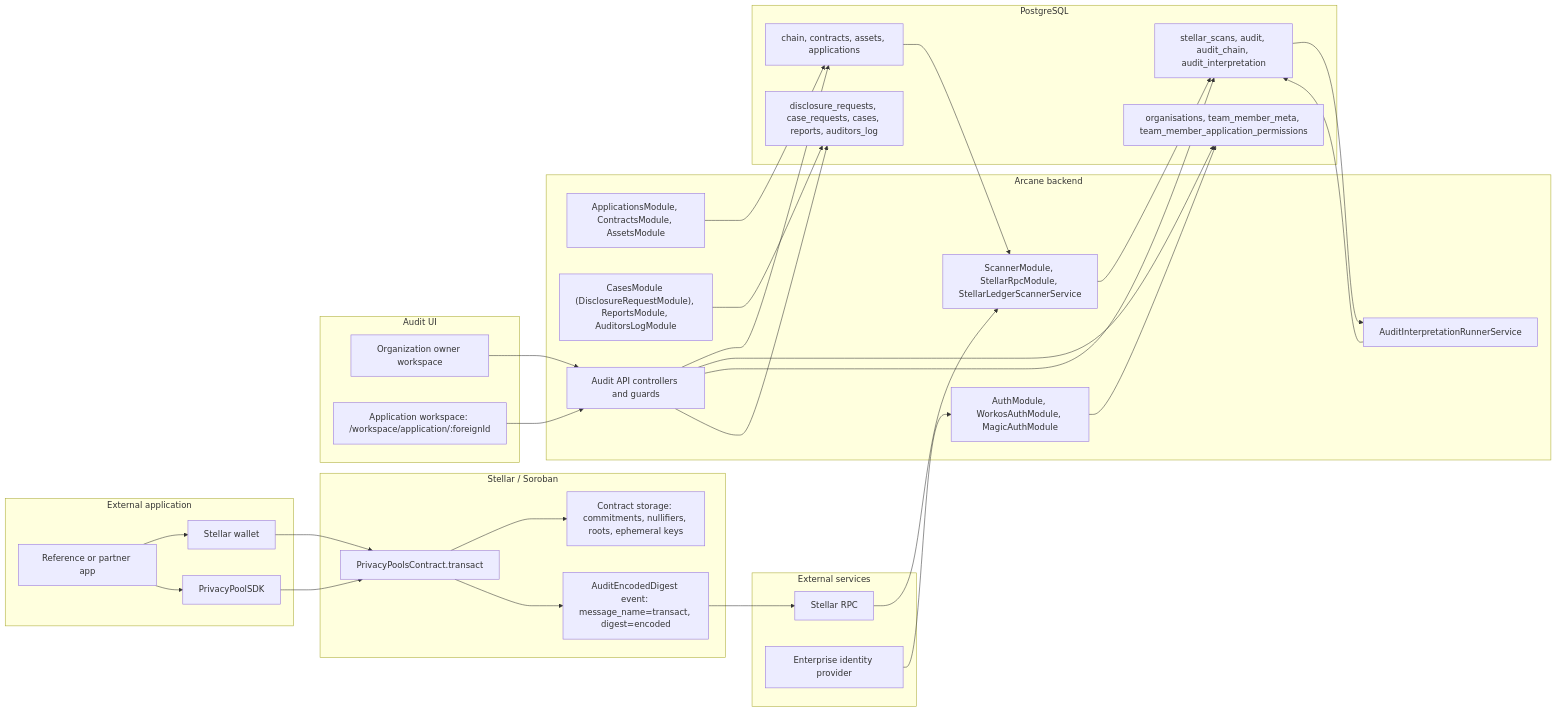
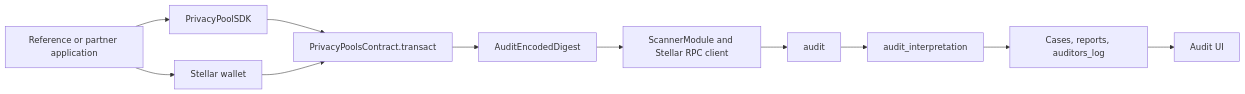
One commit to Polynom-Labs/arcane-compliance-docs changed the diagram in architecture/overview.mdx. Above: the diagram before and after it, drawn with Mermaid. The commit also changed other lines of this file and 38 other files, not shown here.

Commit message:
Restructure architecture docs around C4 domains

````diff
--- a/architecture/overview.mdx
+++ b/architecture/overview.mdx
@@ -12,63 +34,24 @@
 ```mermaid
 flowchart LR
-  subgraph app["External application"]
-    partner["Reference or partner app"]
-    wallet["Stellar wallet"]
-    sdk["PrivacyPoolSDK"]
-    partner --> wallet
-    partner --> sdk
-  end
+  app["Reference or partner application"]
+  sdk["PrivacyPoolSDK"]
+  wallet["Stellar wallet"]
+  contract["PrivacyPoolsContract.transact"]
+  event["AuditEncodedDigest"]
+  scanner["ScannerModule and Stellar RPC client"]
+  audit["audit"]
+  interpretation["audit_interpretation"]
+  workflow["Cases, reports, auditors_log"]
+  ui["Audit UI"]
 
-  subgraph soroban["Stellar / Soroban"]
-    contract["PrivacyPoolsContract.transact"]
-    state["Contract storage: commitments, nullifiers, roots, ephemeral keys"]
-    event["AuditEncodedDigest event: message_name=transact, digest=encoded"]
-    contract --> state
-    contract --> event
-  end
-
-  subgraph external["External services"]
-    rpc["Stellar RPC"]
-    identity["Enterprise identity provider"]
-  end
-
-  subgraph backend["Arcane backend"]
-    auth["AuthModule, WorkosAuthModule, MagicAuthModule"]
-    registry["ApplicationsModule, ContractsModule, AssetsModule"]
-    scanner["ScannerModule, StellarRpcModule, StellarLedgerScannerService"]
-    interpreter["AuditInterpretationRunnerService"]
-    workflow["CasesModule (DisclosureRequestModule), ReportsModule, AuditorsLogModule"]
-    api["Audit API controllers and guards"]
-  end
-
-  subgraph db["PostgreSQL"]
-    registryDb["chain, contracts, assets, applications"]
-    auditDb["stellar_scans, audit, audit_chain, audit_interpretation"]
-    accessDb["organisations, team_member_meta, team_member_application_permissions"]
-    workflowDb["disclosure_requests, case_requests, cases, reports, auditors_log"]
-  end
-
-  subgraph ui["Audit UI"]
-    orgUi["Organization owner workspace"]
-    appUi["Application workspace: /workspace/application/:foreignId"]
-  end
-
+  app --> sdk
+  app --> wallet
   sdk --> contract
   wallet --> contract
-  event --> rpc
-  rpc --> scanner
-  registry --> registryDb
-  registryDb --> scanner
-  scanner --> auditDb
-  auditDb --> interpreter
-  interpreter --> auditDb
-  identity --> auth
-  auth --> accessDb
-  api --> registryDb
-  api --> accessDb
-  api --> auditDb
-  api --> workflowDb
-  workflow --> workflowDb
-  orgUi --> api
-  appUi --> api
+  contract --> event
+  event --> scanner
+  scanner --> audit
+  audit --> interpretation
+  interpretation --> workflow
+  workflow --> ui
 ```
````
